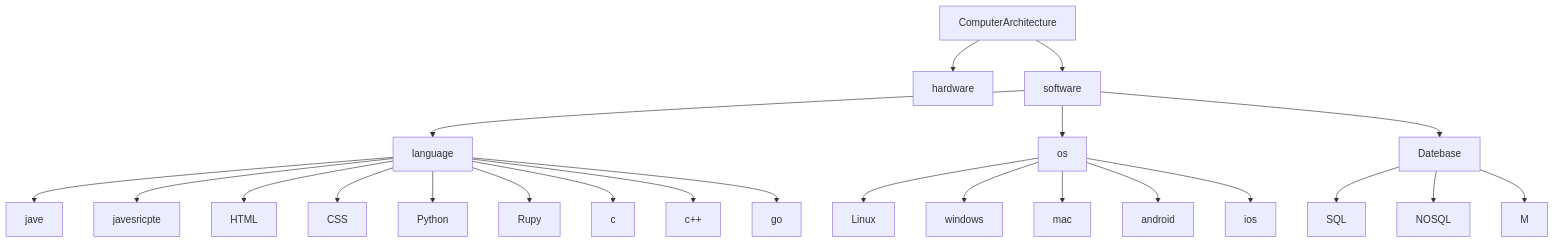
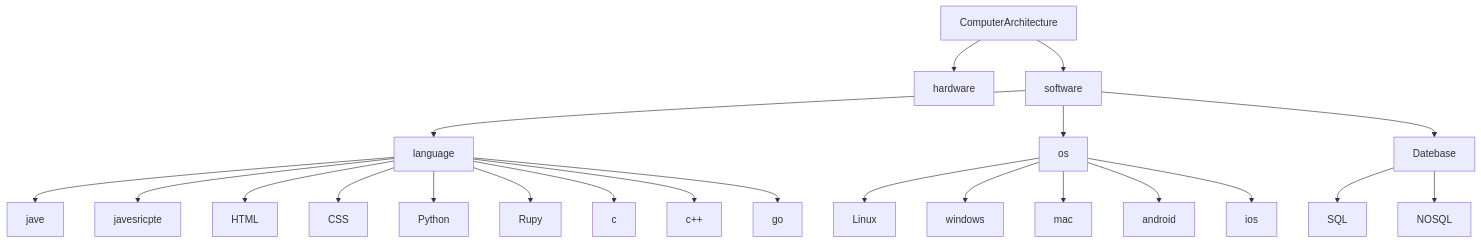
Before and after one commit to qmarsun/computer: the diagram in computer1.md, drawn with Mermaid.

````diff
--- a/computer1.md
+++ b/computer1.md
@@ -1,33 +1,33 @@
 ```mermaid
 graph TD;
     ComputerArchitecture-->hardware;
     ComputerArchitecture-->software;
     
     software-->language;
     software-->os;
     software-->Datebase;
     Datebase-->SQL
     Datebase-->NOSQL
     
     language-->jave
     language-->javesricpte
     language-->HTML
     language-->CSS
     language-->Python
     language-->Rupy
 
     language-->c
     language-->c++
     language-->go
    
     os-->Linux
     os-->windows
 
     os-->mac
     os-->android
     os-->ios
     
-    Datebase-->M
+    
 
     
 ``` 
````
